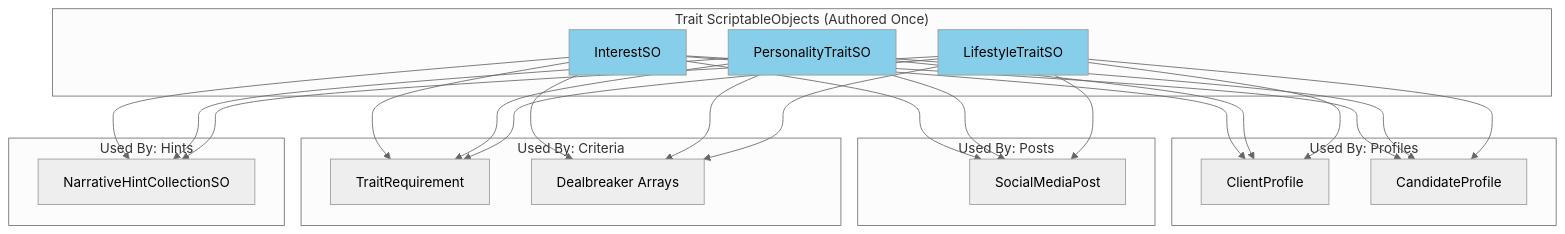
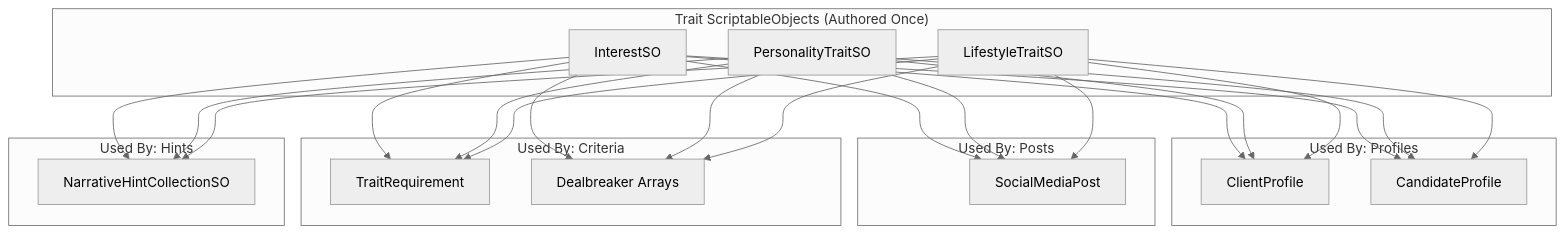
The ninth of 11 diagrams in ARCHITECTURE_DIAGRAMS.md (ben3683914/maskhot), drawn with Mermaid (neutral theme) before and after one commit. The commit also changed other lines of this file, not shown here.

Commit message:
remove colors from mermaid

````diff
--- a/ARCHITECTURE_DIAGRAMS.md
+++ b/ARCHITECTURE_DIAGRAMS.md
@@ -295,54 +272,51 @@
 ```mermaid
 graph TB
     subgraph "Trait ScriptableObjects (Authored Once)"
         Interest[InterestSO]
         Personality[PersonalityTraitSO]
         Lifestyle[LifestyleTraitSO]
     end
 
     subgraph "Used By: Profiles"
         ClientProfile[ClientProfile]
         CandidateProfile[CandidateProfile]
     end
 
     subgraph "Used By: Posts"
         Post[SocialMediaPost]
     end
 
     subgraph "Used By: Criteria"
         TraitReq[TraitRequirement]
         Dealbreaker[Dealbreaker Arrays]
     end
 
     subgraph "Used By: Hints"
         Hints[NarrativeHintCollectionSO]
     end
 
     Interest --> ClientProfile
     Personality --> ClientProfile
     Lifestyle --> ClientProfile
 
     Interest --> CandidateProfile
     Personality --> CandidateProfile
     Lifestyle --> CandidateProfile
 
     Interest --> Post
     Personality --> Post
     Lifestyle --> Post
 
     Interest --> TraitReq
     Personality --> TraitReq
     Lifestyle --> TraitReq
 
     Interest --> Dealbreaker
     Personality --> Dealbreaker
     Lifestyle --> Dealbreaker
 
     Interest --> Hints
     Personality --> Hints
     Lifestyle --> Hints
 
-    style Interest fill:#87CEEB
-    style Personality fill:#87CEEB
-    style Lifestyle fill:#87CEEB
 ```
````
